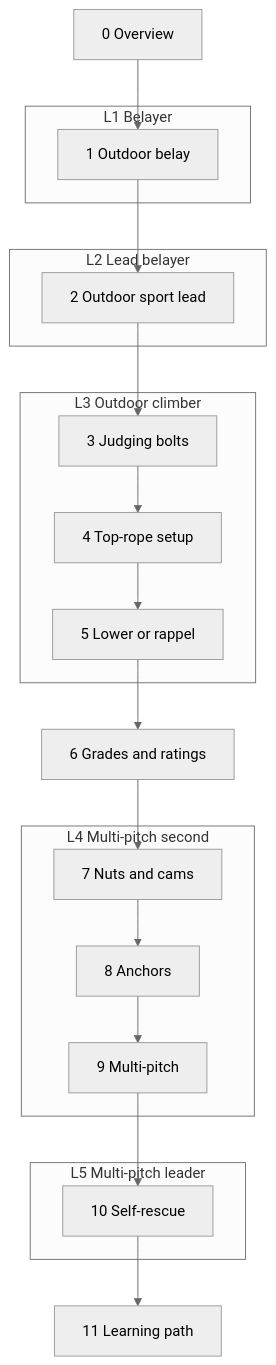
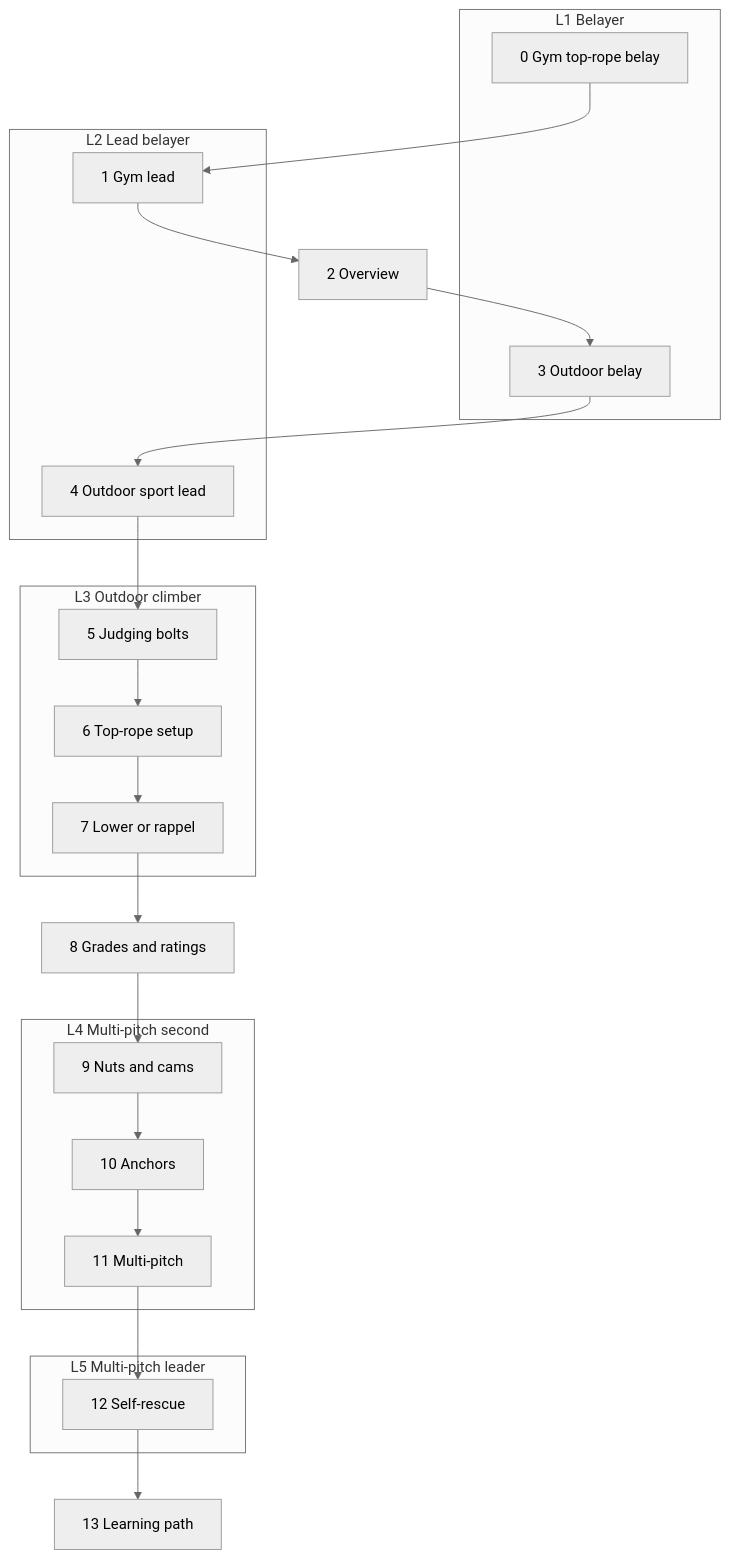
The diagram in src/content/posts/climbing/2026-10-17-sport-vs-trad-overview-en.md (vincentxuu/quidproquo), drawn with Mermaid (neutral theme) before and after one commit. The commit also changed other lines of this file and 34 other files, not shown here.

````diff
--- a/src/content/posts/climbing/2026-10-17-sport-vs-trad-overview-en.md
+++ b/src/content/posts/climbing/2026-10-17-sport-vs-trad-overview-en.md
@@ -150,26 +150,28 @@
 ```mermaid
 flowchart TB
-  P0["0 Overview"]
   subgraph S1["L1 Belayer"]
-    P1["1 Outdoor belay"]
+    P0["0 Gym top-rope belay"]
+    P3["3 Outdoor belay"]
   end
   subgraph S2["L2 Lead belayer"]
-    P2["2 Outdoor sport lead"]
+    P1["1 Gym lead"]
+    P4["4 Outdoor sport lead"]
   end
+  P2["2 Overview"]
   subgraph S3["L3 Outdoor climber"]
-    P3["3 Judging bolts"]
-    P4["4 Top-rope setup"]
-    P5["5 Lower or rappel"]
+    P5["5 Judging bolts"]
+    P6["6 Top-rope setup"]
+    P7["7 Lower or rappel"]
   end
-  P6["6 Grades and ratings"]
+  P8["8 Grades and ratings"]
   subgraph S4["L4 Multi-pitch second"]
-    P7["7 Nuts and cams"]
-    P8["8 Anchors"]
-    P9["9 Multi-pitch"]
+    P9["9 Nuts and cams"]
+    P10["10 Anchors"]
+    P11["11 Multi-pitch"]
   end
   subgraph S5["L5 Multi-pitch leader"]
-    P10["10 Self-rescue"]
+    P12["12 Self-rescue"]
   end
-  P11["11 Learning path"]
-  P0 --> P1 --> P2 --> P3 --> P4 --> P5 --> P6 --> P7 --> P8 --> P9 --> P10 --> P11
+  P13["13 Learning path"]
+  P0 --> P1 --> P2 --> P3 --> P4 --> P5 --> P6 --> P7 --> P8 --> P9 --> P10 --> P11 --> P12 --> P13
 ```
````
